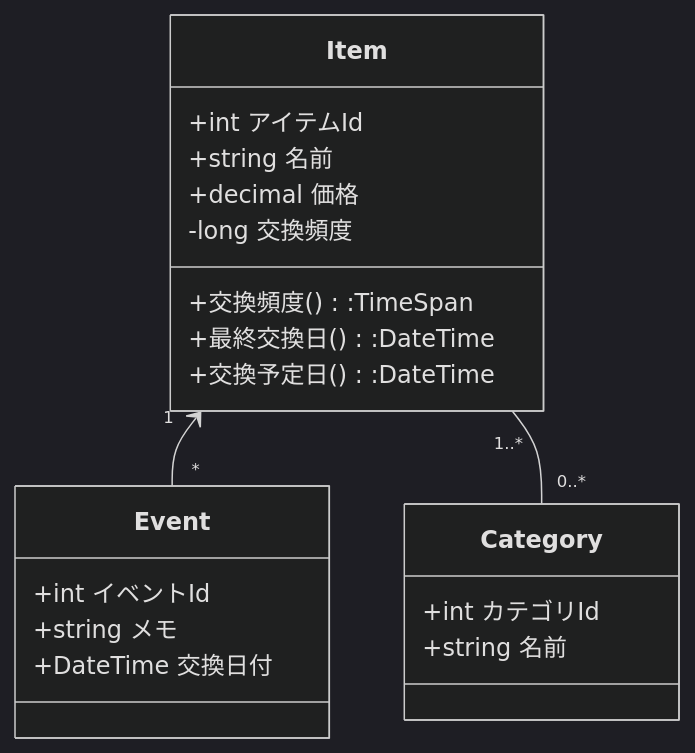
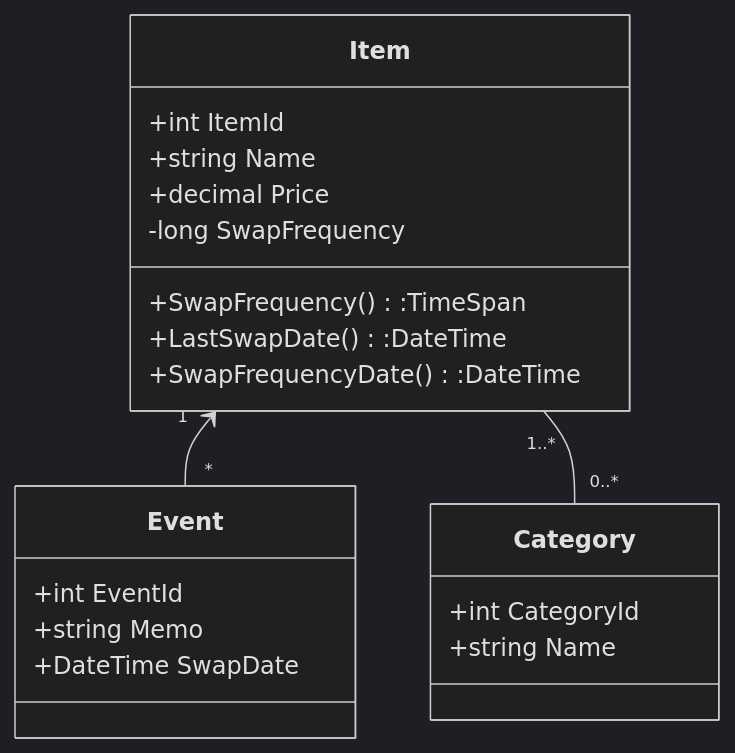
The second of 3 diagrams in readme.md (Little-Prayer/Portfolio-View), drawn with Mermaid (dark theme) before and after one commit. The commit also changed other lines of this file and 1 other file, not shown here.

````diff
--- a/readme.md
+++ b/readme.md
@@ -31,26 +31,26 @@
 ```mermaid
 classDiagram
 
 class Item {
-  +int アイテムId
-  +string 名前
-  +decimal 価格
-  -long 交換頻度
-  +交換頻度():TimeSpan
-  +最終交換日():DateTime
-  +交換予定日():DateTime
+  +int ItemId
+  +string Name
+  +decimal Price
+  -long SwapFrequency
+  +SwapFrequency():TimeSpan
+  +LastSwapDate():DateTime
+  +SwapFrequencyDate():DateTime
 }
 
 class Category {
-  +int カテゴリId
-  +string 名前
+  +int CategoryId
+  +string Name
 }
 
 class Event {
-  +int イベントId
-  +string メモ
-  +DateTime 交換日付
+  +int EventId
+  +string Memo
+  +DateTime SwapDate
 }
 Item"1"<--"*"Event
 Item"1..*"--"0..*"Category
 ```
````
